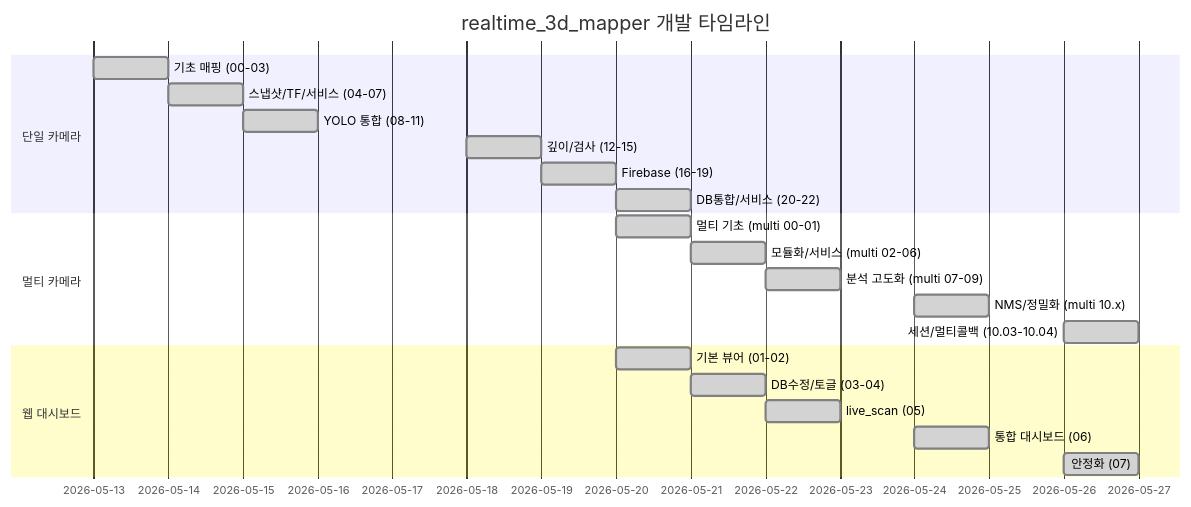
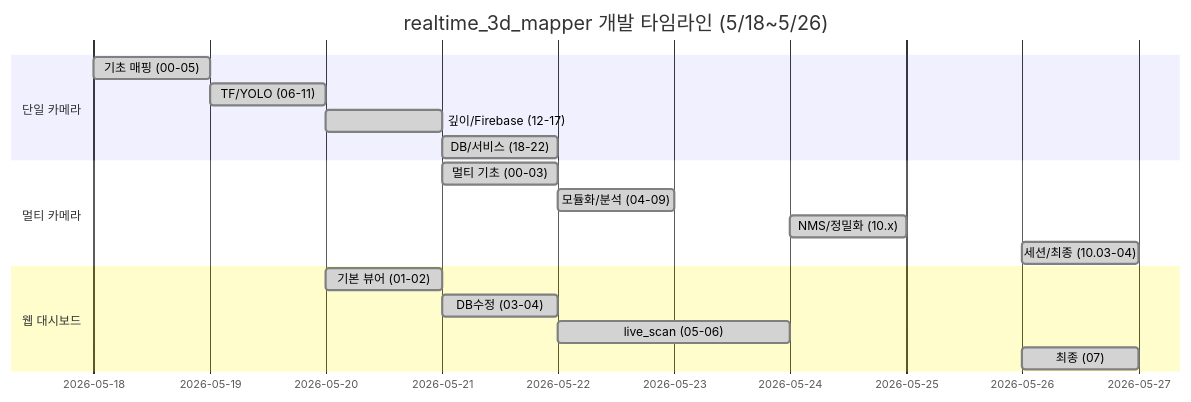
Before and after one commit to sungwung1201/JoinGo: the diagram in YJH/README.md, drawn with Mermaid. The commit also changed other lines of this file, not shown here.

````diff
--- a/YJH/README.md
+++ b/YJH/README.md
@@ -115,24 +81,20 @@
 ```mermaid
 gantt
-    title realtime_3d_mapper 개발 타임라인
+    title realtime_3d_mapper 개발 타임라인 (5/18~5/26)
     dateFormat  YYYY-MM-DD
     section 단일 카메라
-    기초 매핑 (00-03)          :done, s1, 2026-05-13, 1d
-    스냅샷/TF/서비스 (04-07)    :done, s2, 2026-05-14, 1d
-    YOLO 통합 (08-11)          :done, s3, 2026-05-15, 1d
-    깊이/검사 (12-15)           :done, s4, 2026-05-18, 1d
-    Firebase (16-19)            :done, s5, 2026-05-19, 1d
-    DB통합/서비스 (20-22)       :done, s6, 2026-05-20, 1d
+    기초 매핑 (00-05)          :done, s1, 2026-05-18, 1d
+    TF/YOLO (06-11)            :done, s2, 2026-05-19, 1d
+    깊이/Firebase (12-17)       :done, s3, 2026-05-20, 1d
+    DB/서비스 (18-22)           :done, s4, 2026-05-21, 1d
     section 멀티 카메라
-    멀티 기초 (multi 00-01)     :done, m1, 2026-05-20, 1d
-    모듈화/서비스 (multi 02-06) :done, m2, 2026-05-21, 1d
-    분석 고도화 (multi 07-09)   :done, m3, 2026-05-22, 1d
-    NMS/정밀화 (multi 10.x)    :done, m4, 2026-05-24, 1d
-    세션/멀티콜백 (10.03-10.04) :done, m5, 2026-05-26, 1d
+    멀티 기초 (00-03)           :done, m1, 2026-05-21, 1d
+    모듈화/분석 (04-09)         :done, m2, 2026-05-22, 1d
+    NMS/정밀화 (10.x)          :done, m3, 2026-05-24, 1d
+    세션/최종 (10.03-04)        :done, m4, 2026-05-26, 1d
     section 웹 대시보드
     기본 뷰어 (01-02)          :done, h1, 2026-05-20, 1d
-    DB수정/토글 (03-04)        :done, h2, 2026-05-21, 1d
-    live_scan (05)              :done, h3, 2026-05-22, 1d
-    통합 대시보드 (06)          :done, h4, 2026-05-24, 1d
-    안정화 (07)                 :done, h5, 2026-05-26, 1d
+    DB수정 (03-04)             :done, h2, 2026-05-21, 1d
+    live_scan (05-06)           :done, h3, 2026-05-22, 2d
+    최종 (07)                   :done, h4, 2026-05-26, 1d
 ```
````
